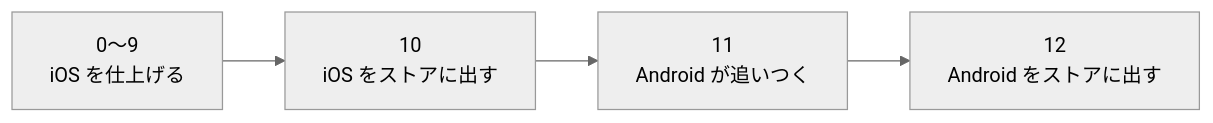
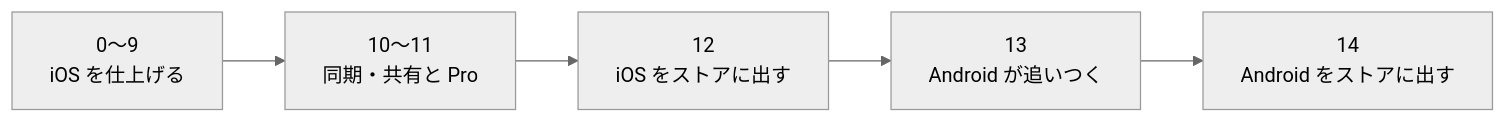
One commit to yossibank/kakeibot changed the diagram in docs/roadmap.md. Above: the diagram before and after it, drawn with Mermaid (neutral theme). The commit also changed other lines of this file and 3 other files, not shown here.

````diff
--- a/docs/roadmap.md
+++ b/docs/roadmap.md
@@ -9,4 +9,4 @@
 ```mermaid
 flowchart LR
-    A["0〜9<br>iOS を仕上げる"] --> B["10<br>iOS をストアに出す"] --> C["11<br>Android が追いつく"] --> D["12<br>Android をストアに出す"]
+    A["0〜9<br>iOS を仕上げる"] --> B["10〜11<br>同期・共有と Pro"] --> C["12<br>iOS をストアに出す"] --> D["13<br>Android が追いつく"] --> E["14<br>Android をストアに出す"]
 ```
````
